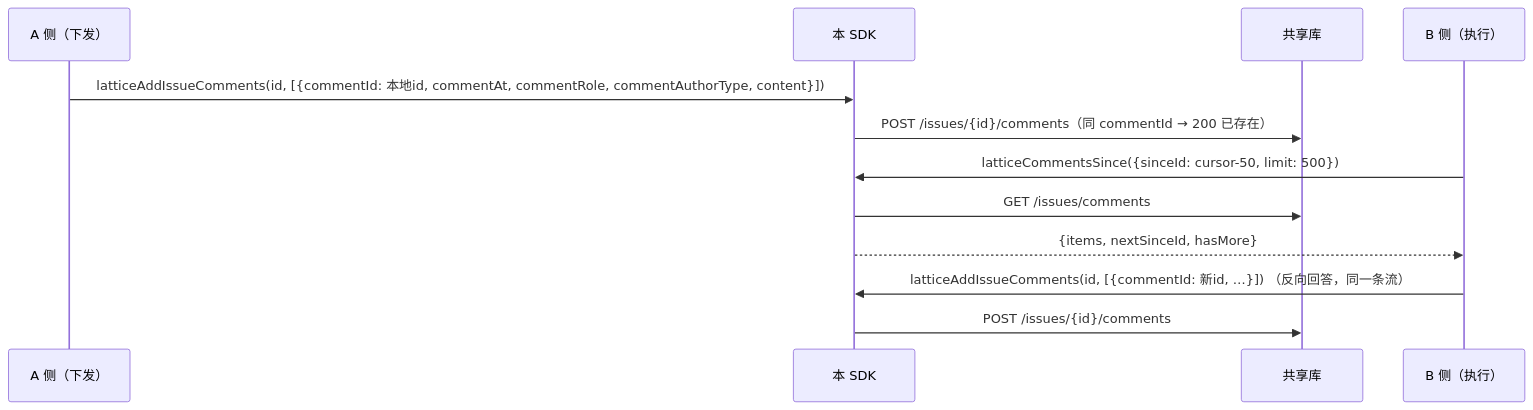
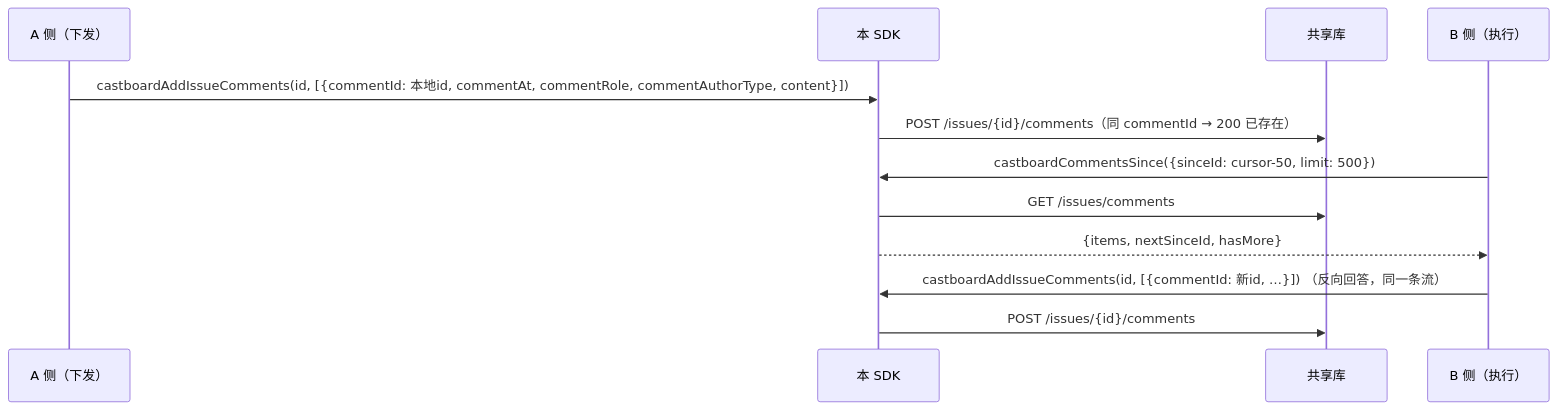
The second of 2 diagrams in dsh-magica-teamwork/docs/design/sdk-design.zh.md (Meiyukichan/madoka), drawn with Mermaid before and after one commit. The commit also changed other lines of this file and 303 other files, not shown here.

Commit message:
feat: 完成 castboard 统一任务创建与 teamwork issue 链路

````diff
--- a/dsh-magica-teamwork/docs/design/sdk-design.zh.md
+++ b/dsh-magica-teamwork/docs/design/sdk-design.zh.md
@@ -1105,15 +1105,15 @@
 ```mermaid
 sequenceDiagram
   participant A as A 侧（下发）
   participant SDK as 本 SDK
   participant DB as 共享库
   participant B as B 侧（执行）
 
-  A->>SDK: latticeAddIssueComments(id, [{commentId: 本地id, commentAt, commentRole, commentAuthorType, content}])
+  A->>SDK: castboardAddIssueComments(id, [{commentId: 本地id, commentAt, commentRole, commentAuthorType, content}])
   SDK->>DB: POST /issues/{id}/comments（同 commentId → 200 已存在）
-  B->>SDK: latticeCommentsSince({sinceId: cursor-50, limit: 500})
+  B->>SDK: castboardCommentsSince({sinceId: cursor-50, limit: 500})
   SDK->>DB: GET /issues/comments
   SDK-->>B: {items, nextSinceId, hasMore}
-  B->>SDK: latticeAddIssueComments(id, [{commentId: 新id, …}])   （反向回答，同一条流）
+  B->>SDK: castboardAddIssueComments(id, [{commentId: 新id, …}])   （反向回答，同一条流）
   SDK->>DB: POST /issues/{id}/comments
 ```
````
